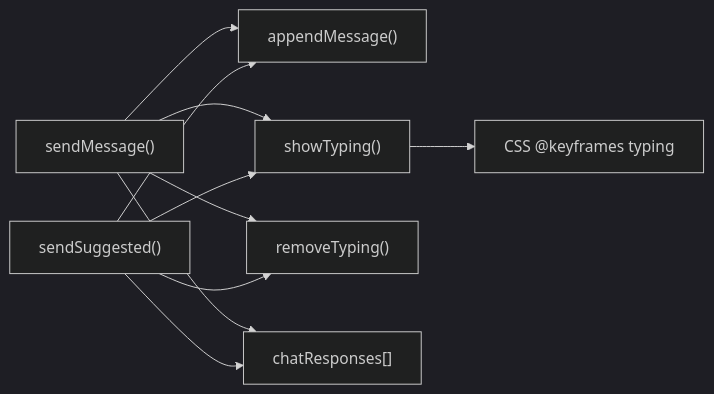
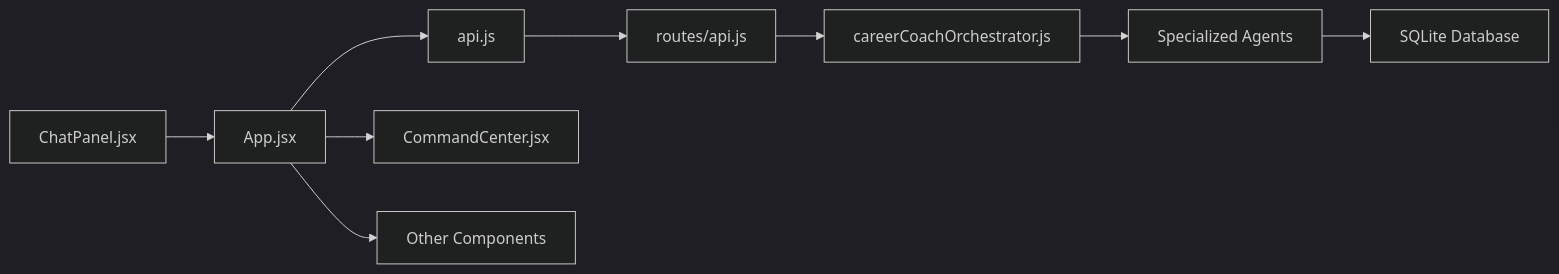
One commit to Alishba-Moin/CareerCompass changed the third of 3 diagrams in .qoder/repowiki/en/content/Core Features/AI Career Coach Interface.md. Above: the diagram before and after it, drawn with Mermaid (dark theme). The commit also changed other lines of this file and 38 other files, not shown here.

Commit message:
Add Roadmap pdf download option

````diff
--- a/.qoder/repowiki/en/content/Core Features/AI Career Coach Interface.md
+++ b/.qoder/repowiki/en/content/Core Features/AI Career Coach Interface.md
@@ -250,12 +343,11 @@
 ```mermaid
 graph LR
-A["sendMessage()"] --> B["appendMessage()"]
-A --> C["showTyping()"]
-A --> D["removeTyping()"]
-A --> E["chatResponses[]"]
-F["sendSuggested()"] --> B
-F --> C
-F --> D
-F --> E
-C --> G["CSS @keyframes typing"]
+A["ChatPanel.jsx"] --> B["App.jsx"]
+B --> C["api.js"]
+C --> D["routes/api.js"]
+D --> E["careerCoachOrchestrator.js"]
+E --> F["Specialized Agents"]
+F --> G["SQLite Database"]
+B --> H["CommandCenter.jsx"]
+B --> I["Other Components"]
 ```
````
